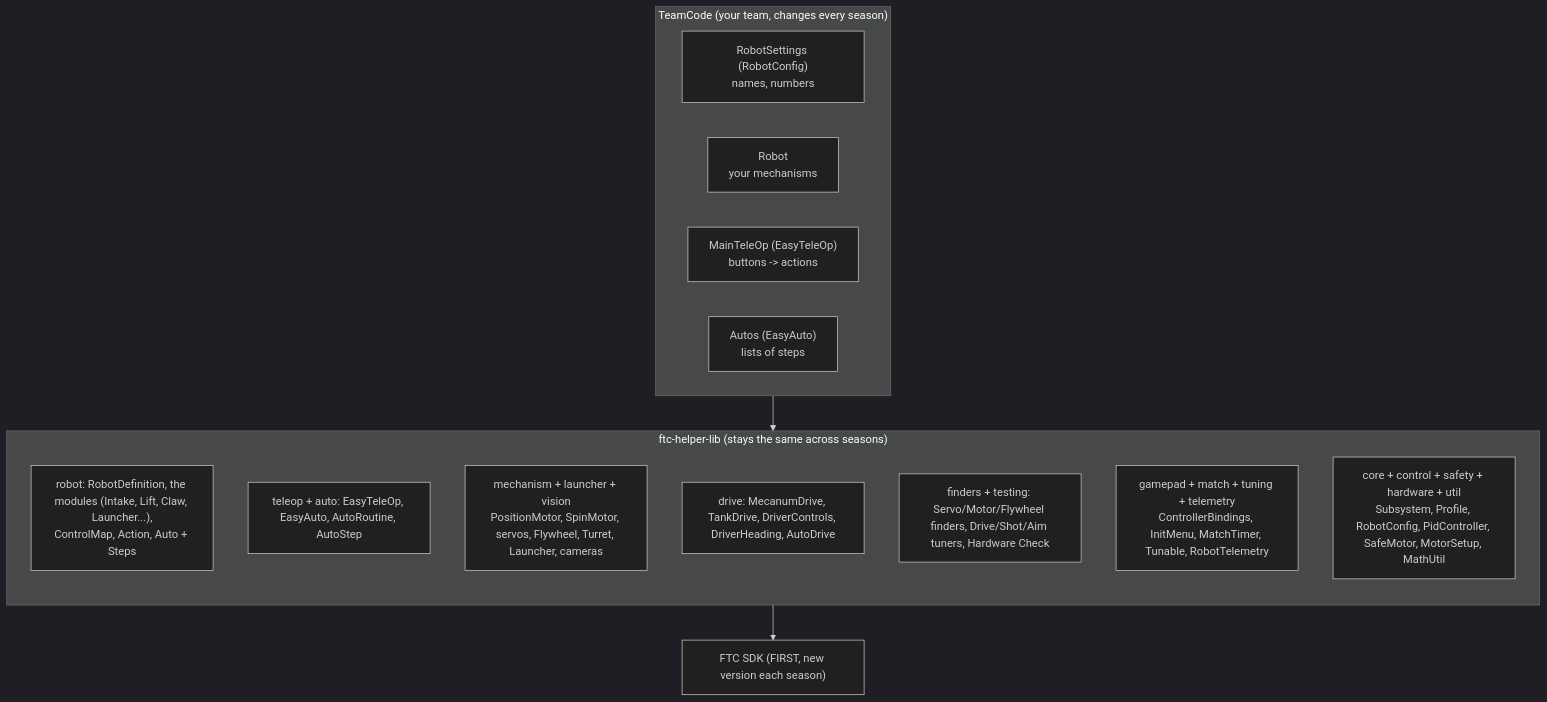
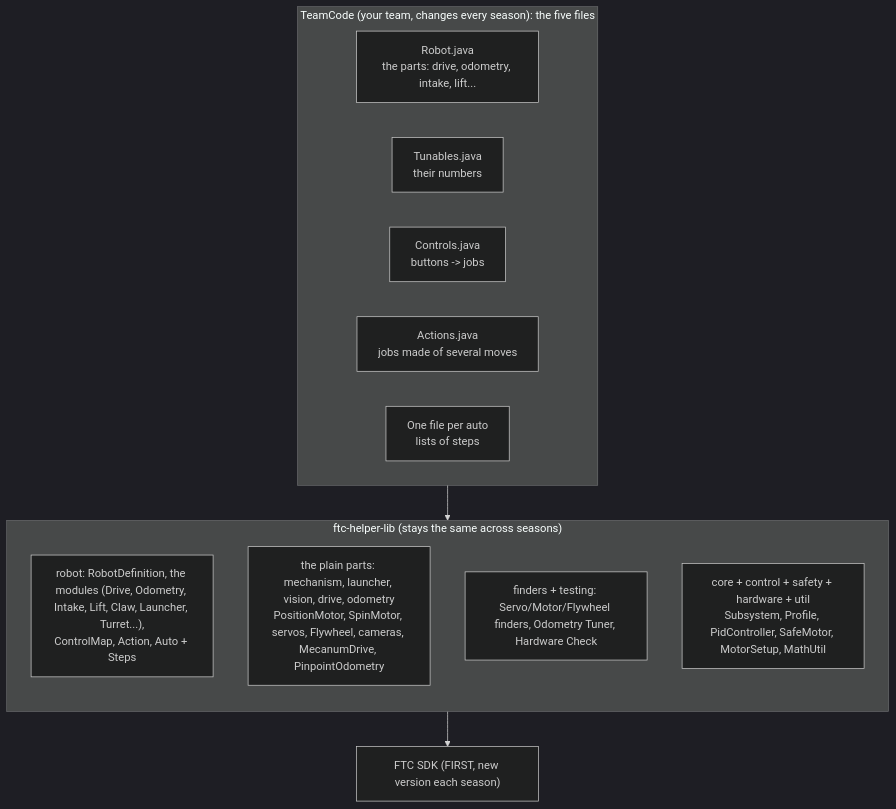
The first of 2 diagrams in docs/guides/architecture.md (crossbotics/ftc-helper-lib), drawn with Mermaid (dark theme) before and after one commit. The commit also changed other lines of this file and 377 other files, not shown here.

First line of the commit message:
Docs restructure: Reference, Building autos, style pass; R1 buttons; odometry from the edges

````diff
--- a/docs/guides/architecture.md
+++ b/docs/guides/architecture.md
@@ -13,21 +13,19 @@
 ```mermaid
 flowchart TB
-    subgraph TEAM["TeamCode (your team, changes every season)"]
-        RS["RobotSettings (RobotConfig)<br/>names, numbers"]
-        RB["Robot<br/>your mechanisms"]
-        TO["MainTeleOp (EasyTeleOp)<br/>buttons -> actions"]
-        AU["Autos (EasyAuto)<br/>lists of steps"]
+    subgraph TEAM["TeamCode (your team, changes every season): the five files"]
+        RB["Robot.java<br/>the parts: drive, odometry, intake, lift..."]
+        TU["Tunables.java<br/>their numbers"]
+        CO["Controls.java<br/>buttons -> jobs"]
+        AC["Actions.java<br/>jobs made of several moves"]
+        AU["One file per auto<br/>lists of steps"]
     end
     subgraph LIB["ftc-helper-lib (stays the same across seasons)"]
         direction TB
-        R["robot: RobotDefinition, the modules (Intake, Lift, Claw, Launcher...),<br/>ControlMap, Action, Auto + Steps"]
-        A["teleop + auto: EasyTeleOp, EasyAuto, AutoRoutine, AutoStep"]
-        M["mechanism + launcher + vision<br/>PositionMotor, SpinMotor, servos, Flywheel, Turret, Launcher, cameras"]
-        D["drive: MecanumDrive, TankDrive, DriverControls, DriverHeading, AutoDrive"]
-        FI["finders + testing: Servo/Motor/Flywheel finders, Drive/Shot/Aim tuners, Hardware Check"]
-        G["gamepad + match + tuning + telemetry<br/>ControllerBindings, InitMenu, MatchTimer, Tunable, RobotTelemetry"]
-        C["core + control + safety + hardware + util<br/>Subsystem, Profile, RobotConfig, PidController, SafeMotor, MotorSetup, MathUtil"]
+        R["robot: RobotDefinition, the modules (Drive, Odometry, Intake, Lift, Claw, Launcher, Turret...),<br/>ControlMap, Action, Auto + Steps"]
+        M["the plain parts: mechanism, launcher, vision, drive, odometry<br/>PositionMotor, SpinMotor, servos, Flywheel, cameras, MecanumDrive, PinpointOdometry"]
+        FI["finders + testing: Servo/Motor/Flywheel finders, Odometry Tuner, Hardware Check"]
+        C["core + control + safety + hardware + util<br/>Subsystem, Profile, PidController, SafeMotor, MotorSetup, MathUtil"]
     end
     SDK["FTC SDK (FIRST, new version each season)"]
     TEAM --> LIB --> SDK
 ```
````
